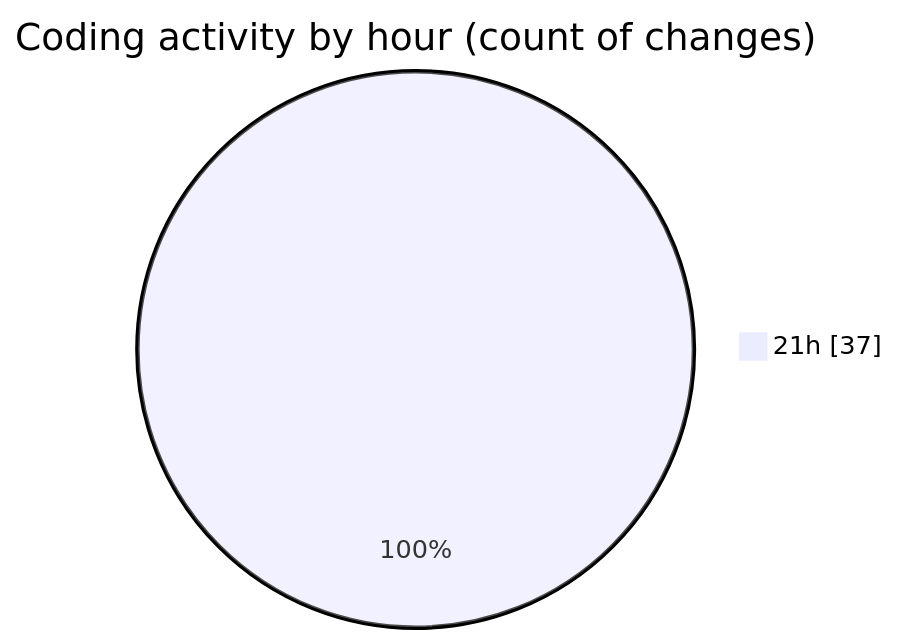
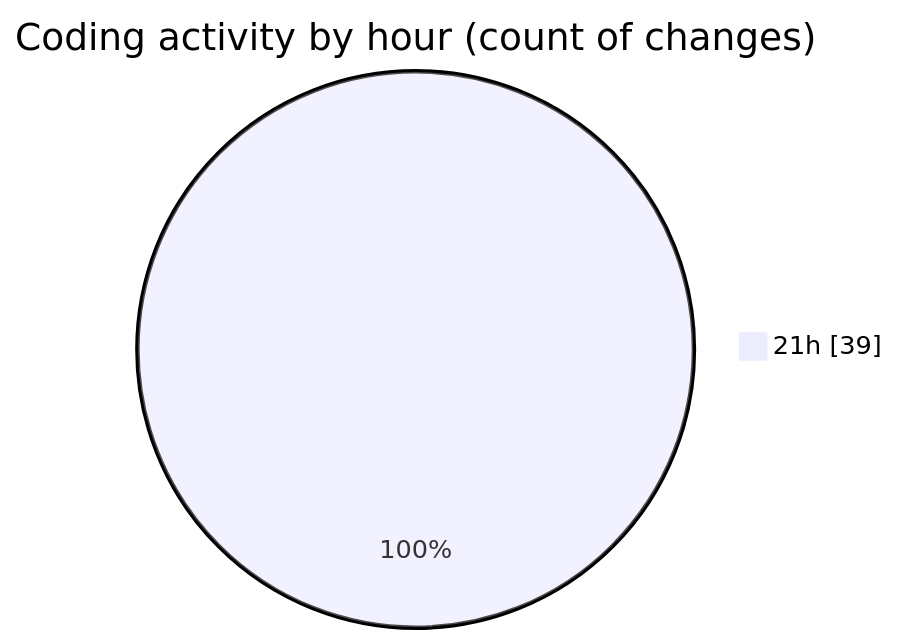
The second of 2 diagrams in 2025-03-26/echo/README.md (Netris89/code-tracking), drawn with Mermaid before and after one commit. The commit also changed other lines of this file and 1 other file, not shown here.

````diff
--- a/2025-03-26/echo/README.md
+++ b/2025-03-26/echo/README.md
@@ -34,5 +34,5 @@
 ```mermaid
 pie showData
 title Coding activity by hour (count of changes)
-"21h" : 37
+"21h" : 39
 ```
````
